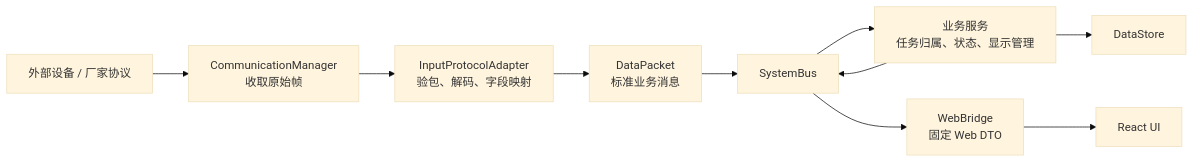
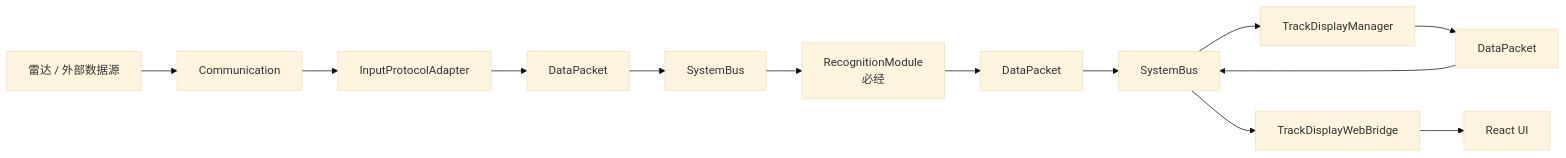
One commit to YoungL524/newAnti_arch changed the first of 2 diagrams in doc/DataPacket统一消息与分层边界.md. Above: the diagram before and after it, drawn with Mermaid (base theme). The commit also changed other lines of this file and 33 other files, not shown here.

````diff
--- a/doc/DataPacket统一消息与分层边界.md
+++ b/doc/DataPacket统一消息与分层边界.md
@@ -17,16 +30,18 @@
 ```mermaid
 flowchart LR
-    Device["外部设备 / 厂家协议"]
-    Com["CommunicationManager\n收取原始帧"]
-    Adapter["InputProtocolAdapter\n验包、解码、字段映射"]
-    Packet["DataPacket<T>\n标准业务消息"]
-    Bus["SystemBus"]
-    Domain["业务服务\n任务归属、状态、显示管理"]
-    Bridge["WebBridge\n固定 Web DTO"]
+    Device["雷达 / 外部数据源"]
+    Comm["Communication"]
+    Input["InputProtocolAdapter"]
+    Normalized["DataPacket<NormalizedTrackBatch>"]
+    Bus1["SystemBus"]
+    Recognition["RecognitionModule\n必经"]
+    Identified["DataPacket<IdentifiedTrackBatch>"]
+    Bus2["SystemBus"]
+    Display["TrackDisplayManager"]
+    Snapshot["DataPacket<TrackDisplaySnapshot>"]
+    Bridge["TrackDisplayWebBridge"]
     UI["React UI"]
-    Store["DataStore"]
 
-    Device --> Com --> Adapter --> Packet --> Bus --> Domain
-    Domain --> Bus --> Bridge --> UI
-    Domain --> Store
+    Device --> Comm --> Input --> Normalized --> Bus1 --> Recognition
+    Recognition --> Identified --> Bus2 --> Display --> Snapshot --> Bus2 --> Bridge --> UI
 ```
````
